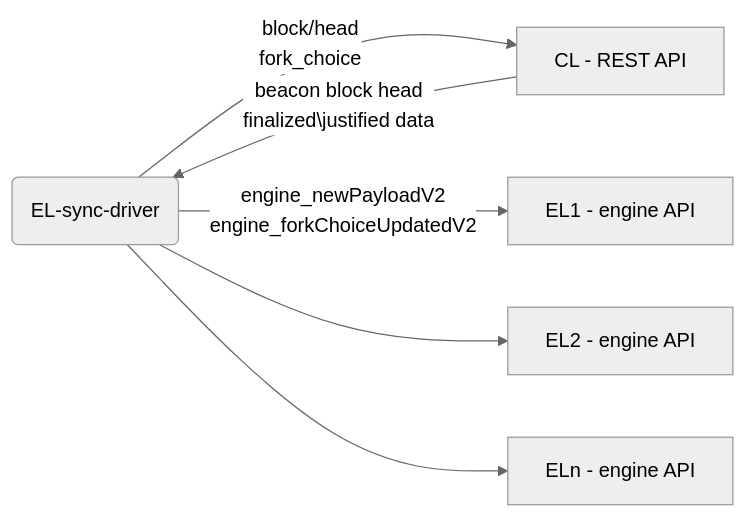
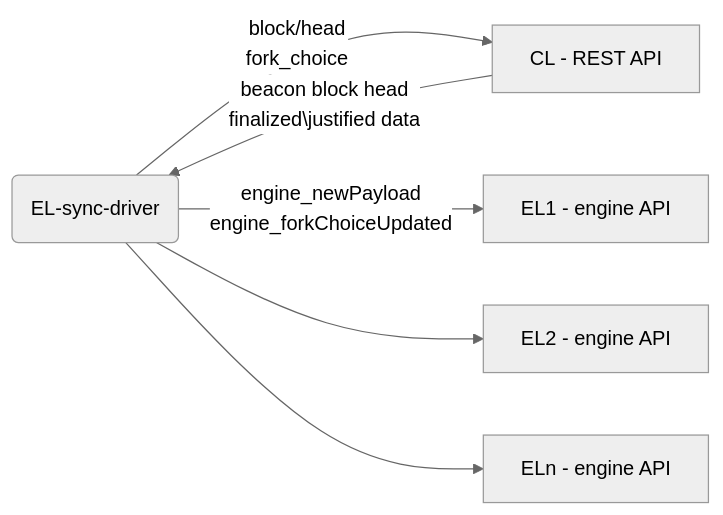
Before and after one commit to tbenr/el-sync-driver: the diagram in README.md, drawn with Mermaid (neutral theme).

````diff
--- a/README.md
+++ b/README.md
@@ -7,8 +7,8 @@
 ```mermaid
 graph LR
     B(EL-sync-driver) -- block/head<br />fork_choice --> C[CL - REST API]
     C -- beacon block head<br />finalized\justified data--> B
-    B -- engine_newPayloadV2<br />engine_forkChoiceUpdatedV2 --> D[EL1 - engine API]
+    B -- engine_newPayload<br />engine_forkChoiceUpdated --> D[EL1 - engine API]
     B --> E[EL2 - engine API]
     B --> F[ELn - engine API]
 ```
````
